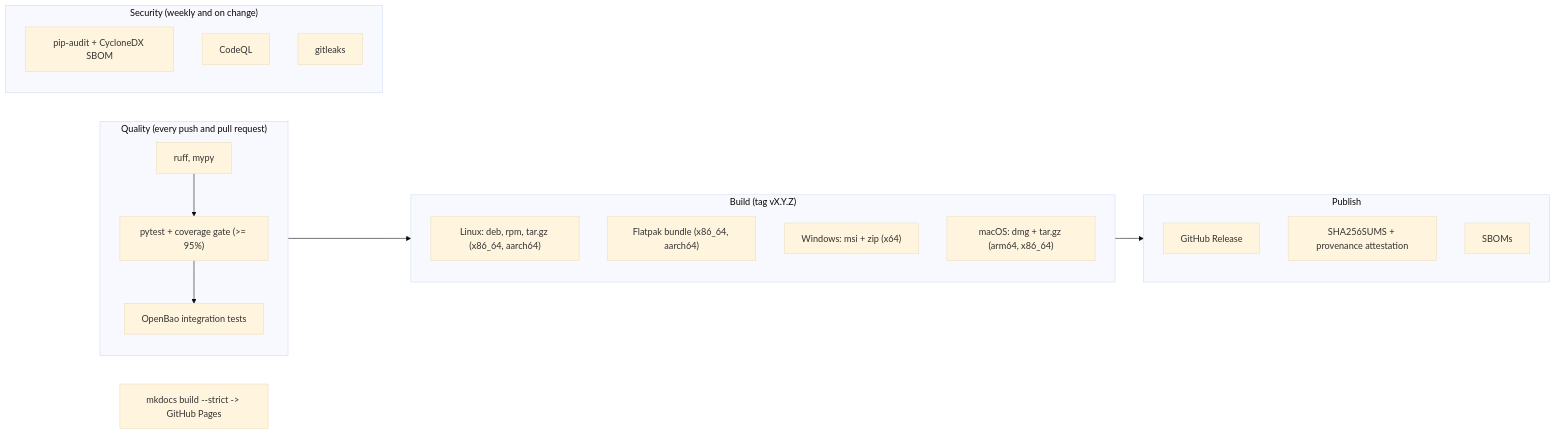
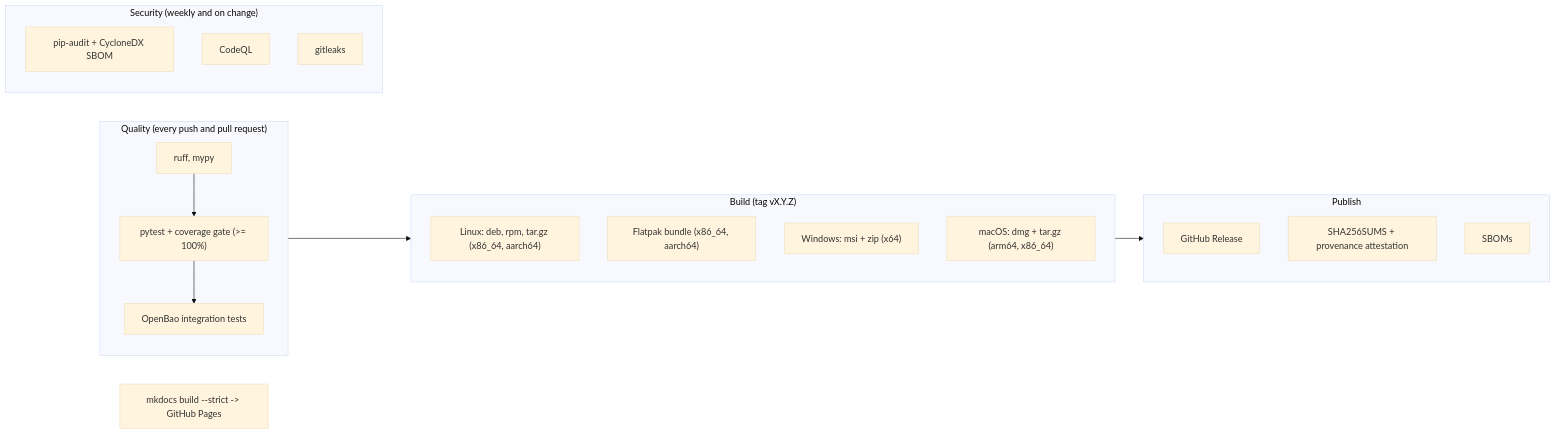
One commit to sincorchetes/gossip changed the diagram in docs/cicd.md. Above: the diagram before and after it, drawn with Mermaid (base theme). The commit also changed 26 other files, not shown here.

````diff
--- a/docs/cicd.md
+++ b/docs/cicd.md
@@ -9,30 +9,30 @@
 ```mermaid
 flowchart LR
     subgraph Quality ["Quality (every push and pull request)"]
-        Q1["ruff, mypy"] --> Q2["pytest + coverage gate (>= 95%)"]
+        Q1["ruff, mypy"] --> Q2["pytest + coverage gate (>= 100%)"]
         Q2 --> Q3["OpenBao integration tests"]
     end
 
     subgraph Security ["Security (weekly and on change)"]
         S1["pip-audit + CycloneDX SBOM"]
         S2["CodeQL"]
         S3["gitleaks"]
     end
 
     subgraph Build ["Build (tag vX.Y.Z)"]
         B1["Linux: deb, rpm, tar.gz (x86_64, aarch64)"]
         B2["Flatpak bundle (x86_64, aarch64)"]
         B3["Windows: msi + zip (x64)"]
         B4["macOS: dmg + tar.gz (arm64, x86_64)"]
     end
 
     subgraph Publish ["Publish"]
         P1["GitHub Release"]
         P2["SHA256SUMS + provenance attestation"]
         P3["SBOMs"]
     end
 
     Quality --> Build
     Build --> Publish
     Docs["mkdocs build --strict -> GitHub Pages"]
 ```
````
